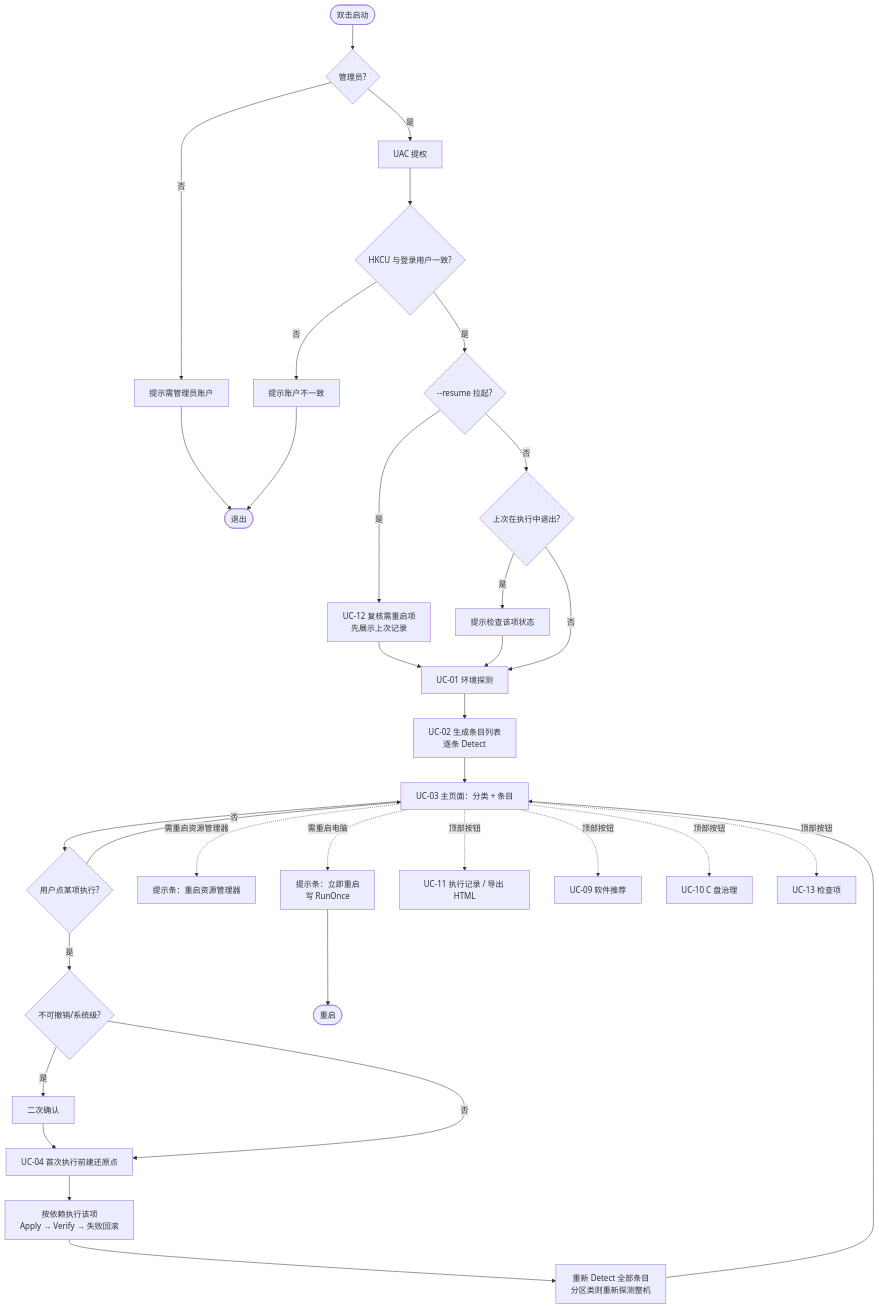
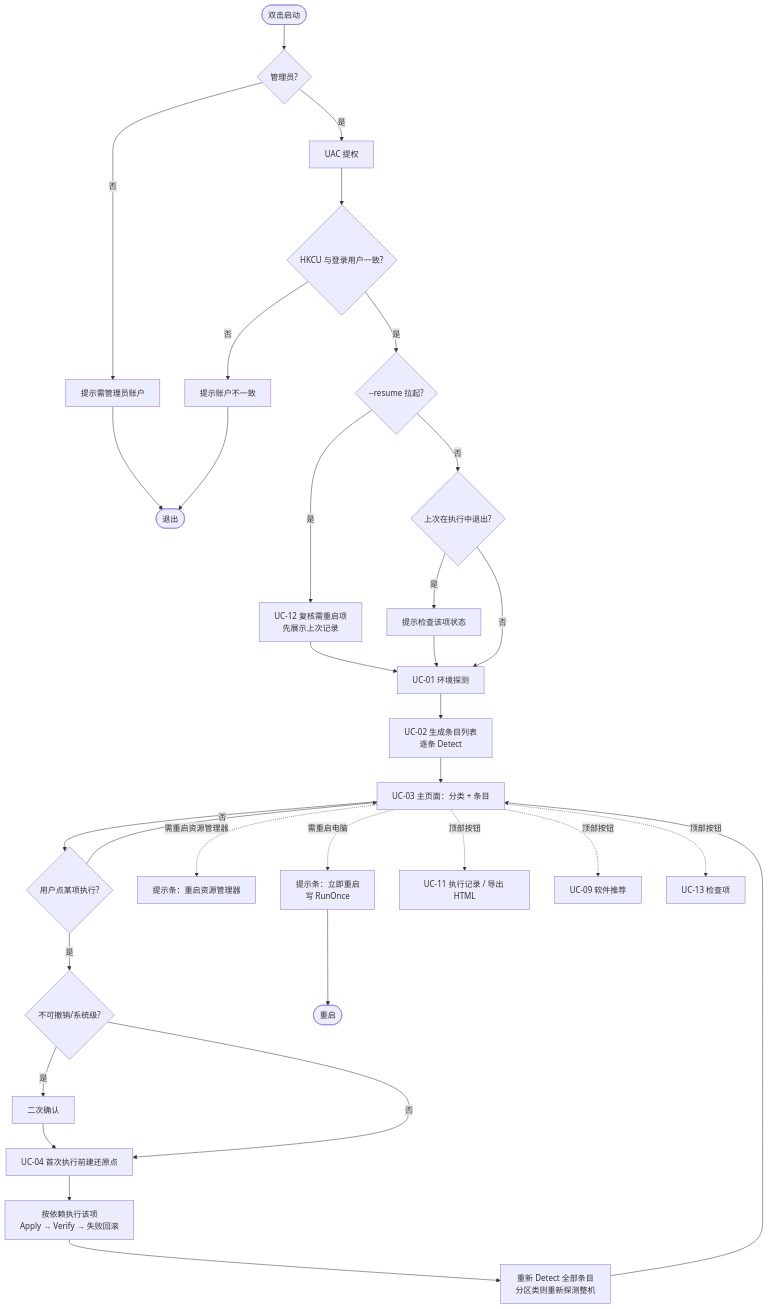
The second of 8 diagrams in docs/02-用例与用户流程.md (CookPiu/WinHomestead), drawn with Mermaid before and after one commit. The commit also changed other lines of this file and 18 other files, not shown here.

````diff
--- a/docs/02-用例与用户流程.md
+++ b/docs/02-用例与用户流程.md
@@ -289,29 +289,28 @@
 ```mermaid
 flowchart TD
   A([双击启动]) --> B{管理员?}
   B -- 否 --> B1[提示需管理员账户] --> Z([退出])
   B -- 是 --> C[UAC 提权]
   C --> D{HKCU 与登录用户一致?}
   D -- 否 --> D1[提示账户不一致] --> Z
   D -- 是 --> E{"--resume 拉起?"}
   E -- 是 --> E1[UC-12 复核需重启项<br/>先展示上次记录] --> F
   E -- 否 --> E2{上次在执行中退出?}
   E2 -- 是 --> E3[提示检查该项状态] --> F
   E2 -- 否 --> F[UC-01 环境探测]
   F --> G[UC-02 生成条目列表<br/>逐条 Detect]
   G --> H[UC-03 主页面：分类 + 条目]
   H --> I{用户点某项执行?}
   I -- 否 --> H
   I -- 是 --> J{不可撤销/系统级?}
   J -- 是 --> J1[二次确认] --> K
   J -- 否 --> K[UC-04 首次执行前建还原点]
   K --> K1[按依赖执行该项<br/>Apply → Verify → 失败回滚]
   K1 --> K2[重新 Detect 全部条目<br/>分区类则重新探测整机]
   K2 --> H
   H -.需重启资源管理器.-> R1[提示条：重启资源管理器]
   H -.需重启电脑.-> R2[提示条：立即重启<br/>写 RunOnce] --> Z2([重启])
   H -.顶部按钮.-> S1[UC-11 执行记录 / 导出 HTML]
   H -.顶部按钮.-> S2[UC-09 软件推荐]
-  H -.顶部按钮.-> S3[UC-10 C 盘治理]
   H -.顶部按钮.-> S4[UC-13 检查项]
 ```
````
